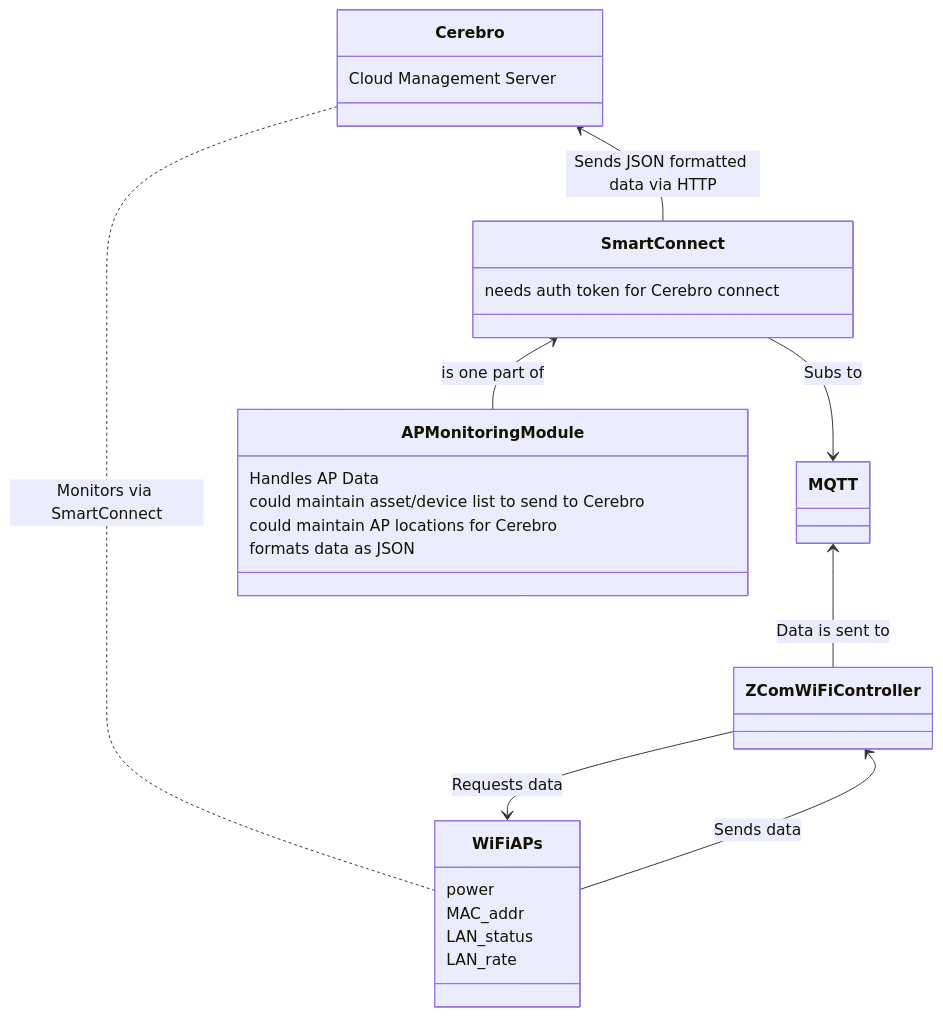
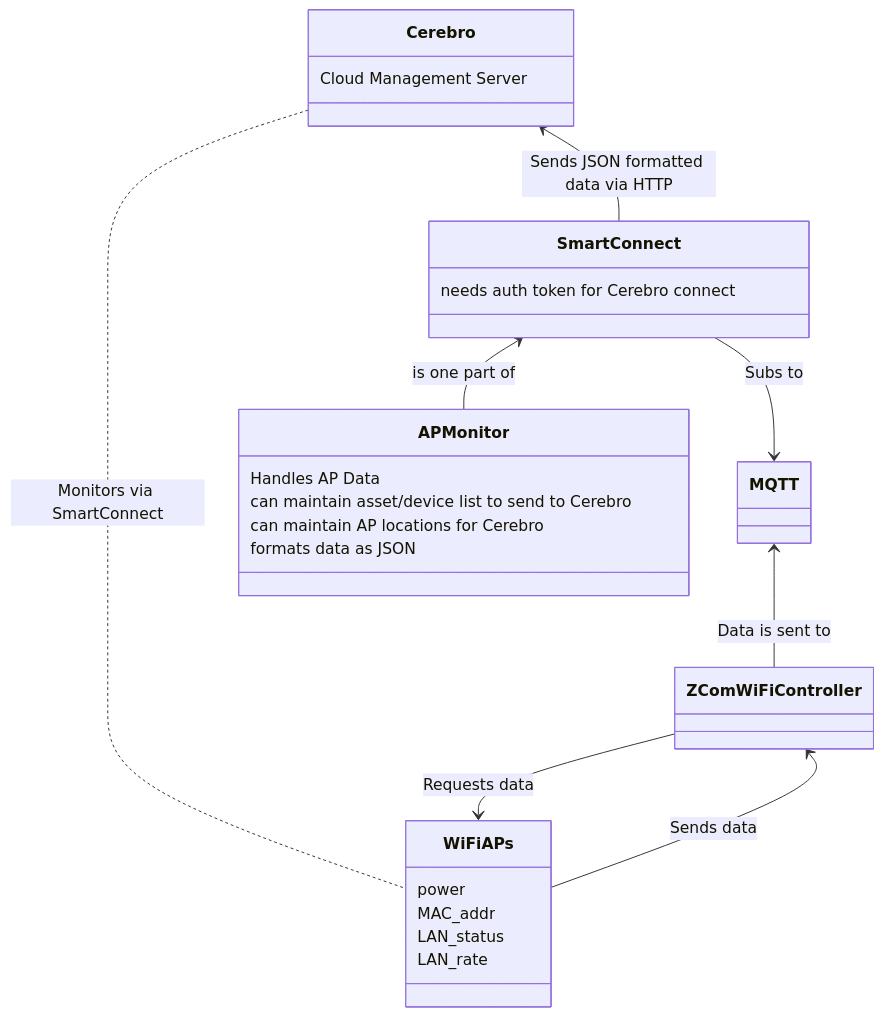
One commit to nicholasverdugo/Obsidian changed the first of 2 diagrams in ZCom AP Project.md. Above: the diagram before and after it, drawn with Mermaid. The commit also changed other lines of this file, not shown here.

````diff
--- a/ZCom AP Project.md
+++ b/ZCom AP Project.md
@@ -24,20 +24,20 @@
 ```mermaid
 classDiagram
 Cerebro<--SmartConnect : Sends JSON formatted data via HTTP
 Cerebro : Cloud Management Server
 Cerebro..WiFi APs : Monitors via SmartConnect
 SmartConnect-->MQTT : Subs to
-SmartConnect<--AP Monitoring Module : is one part of
-AP Monitoring Module : Handles AP Data
-AP Monitoring Module : could maintain asset/device list to send to Cerebro
-AP Monitoring Module : could maintain AP locations for Cerebro
-AP Monitoring Module : formats data as JSON
+SmartConnect<--APMonitor : is one part of
+APMonitor : Handles AP Data
+APMonitor : can maintain asset/device list to send to Cerebro
+APMonitor : can maintain AP locations for Cerebro
+APMonitor : formats data as JSON
 MQTT<--ZCom WiFi Controller : Data is sent to
 SmartConnect : needs auth token for Cerebro connect
 ZCom WiFi Controller-->WiFi APs : Requests data
 ZCom WiFi Controller<--WiFi APs : Sends data
 WiFi APs : power
 WiFi APs : MAC_addr
 WiFi APs : LAN_status
 WiFi APs : LAN_rate
 ``` 
````
